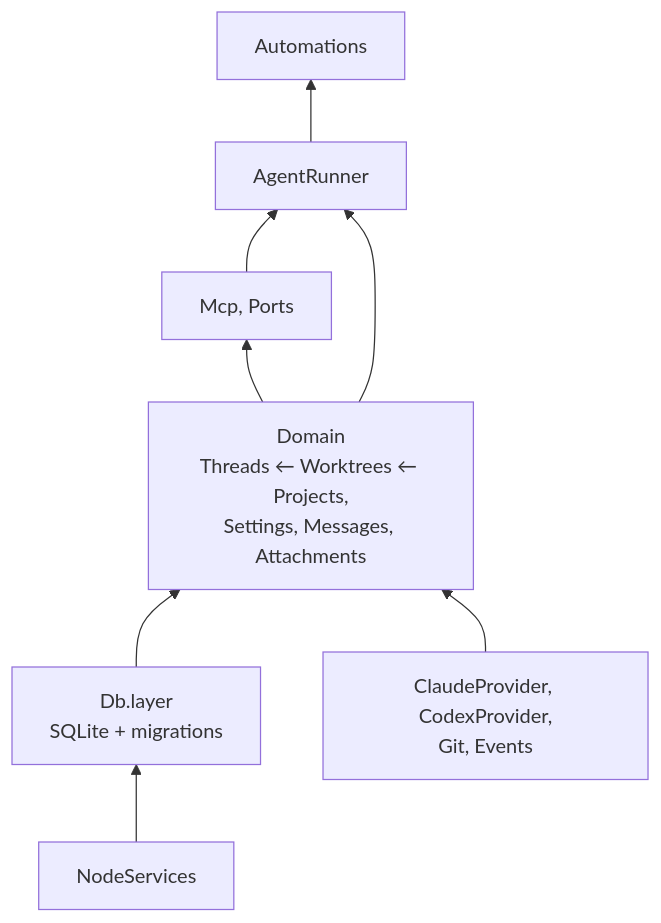
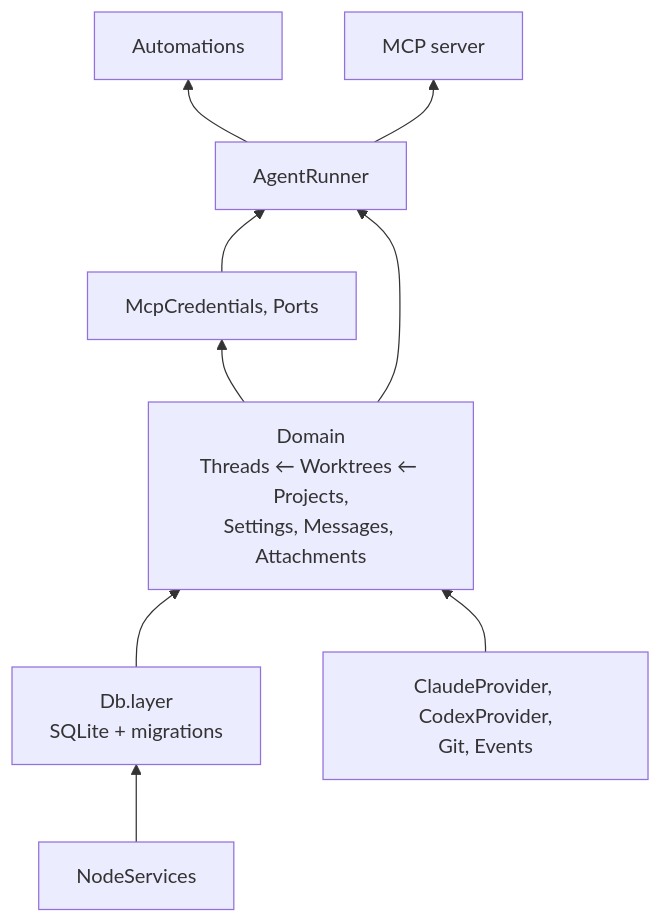
Before and after one commit to hinadev-ai/hinacode: the third of 12 diagrams in docs/arch.md, drawn with Mermaid. The commit also changed other lines of this file and 21 other files, not shown here.

````diff
--- a/docs/arch.md
+++ b/docs/arch.md
@@ -68,16 +68,18 @@
 ```mermaid
 flowchart BT
   node["NodeServices"]
   db["Db.layer<br/>SQLite + migrations"]
   infra["ClaudeProvider, CodexProvider,<br/>Git, Events"]
   domain["Domain<br/>Threads ← Worktrees ← Projects,<br/>Settings, Messages, Attachments"]
-  features["Mcp, Ports"]
+  features["McpCredentials, Ports"]
   runner["AgentRunner"]
   autos["Automations"]
+  mcp["MCP server"]
 
   node --> db --> domain
   infra --> domain
   domain --> features --> runner
   domain --> runner
   runner --> autos
+  runner --> mcp
 ```
````
